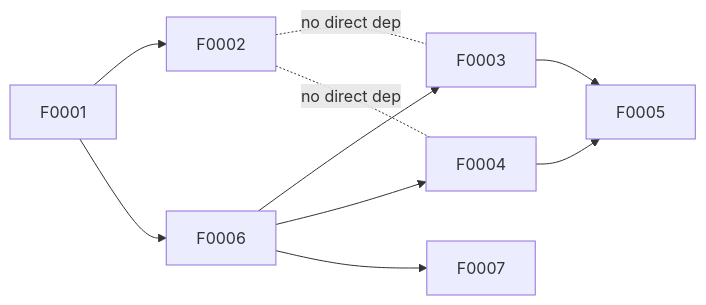
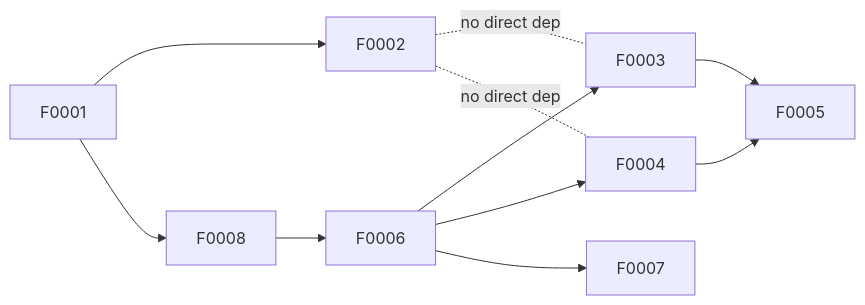
Before and after one commit to Nosmoht/agentic-control: the diagram in docs/plans/project-plan.md, drawn with Mermaid. The commit also changed other lines of this file and 7 other files, not shown here.

````diff
--- a/docs/plans/project-plan.md
+++ b/docs/plans/project-plan.md
@@ -48,12 +49,13 @@
 ```mermaid
 graph LR
   F0001 --> F0002
-  F0001 --> F0006
+  F0001 --> F0008
+  F0008 --> F0006
   F0006 --> F0003
   F0006 --> F0004
   F0006 --> F0007
   F0003 --> F0005
   F0004 --> F0005
   F0002 -.no direct dep.- F0003
   F0002 -.no direct dep.- F0004
 ```
````
